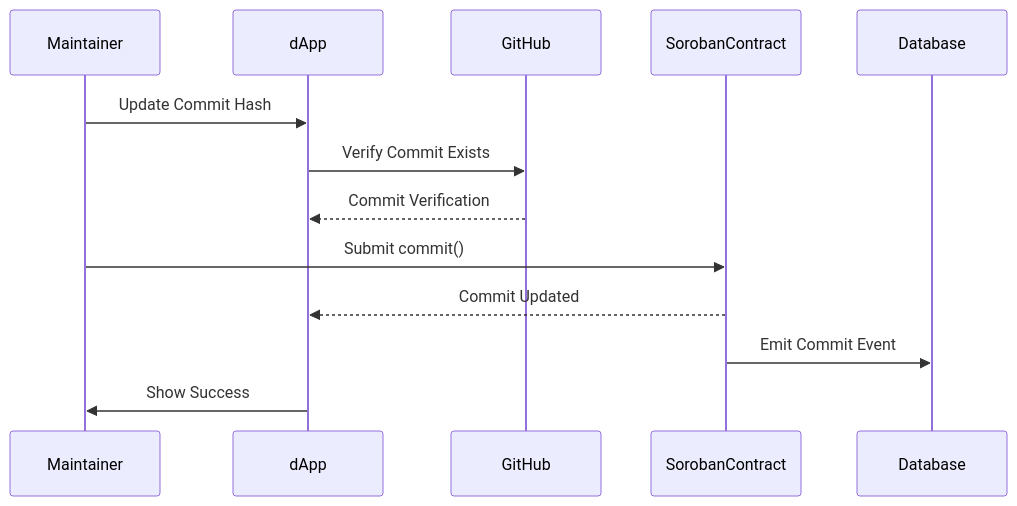
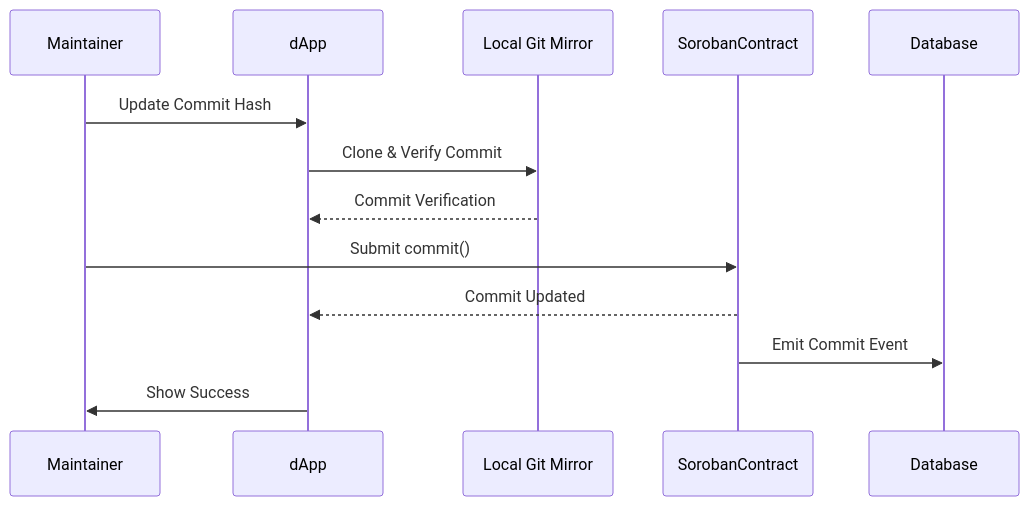
Before and after one commit to tupui/soroban-versioning: the fifth of 6 diagrams in website/docs/developers/user_flows.mdx, drawn with Mermaid. The commit also changed other lines of this file and 17 other files, not shown here.

````diff
--- a/website/docs/developers/user_flows.mdx
+++ b/website/docs/developers/user_flows.mdx
@@ -278,16 +278,16 @@
 ```mermaid
 sequenceDiagram
   participant M as Maintainer
   participant D as dApp
-  participant GH as GitHub
+  participant LG as Local Git Mirror
   participant SC as SorobanContract
   participant DB as Database
 
   M->>D: Update Commit Hash
-  D->>GH: Verify Commit Exists
-  GH-->>D: Commit Verification
+  D->>LG: Clone & Verify Commit
+  LG-->>D: Commit Verification
   M->>SC: Submit commit()
   SC-->>D: Commit Updated
   SC->>DB: Emit Commit Event
   D->>M: Show Success
 ```
````
